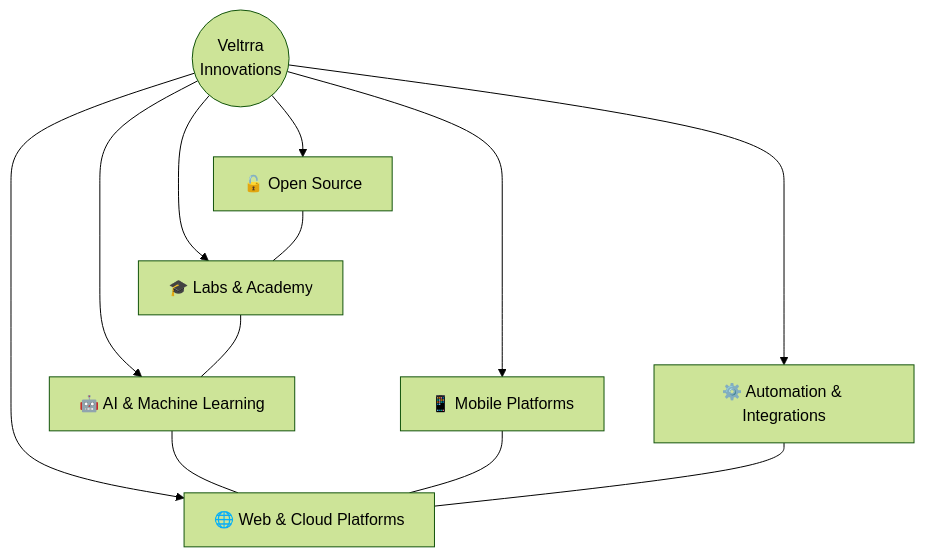
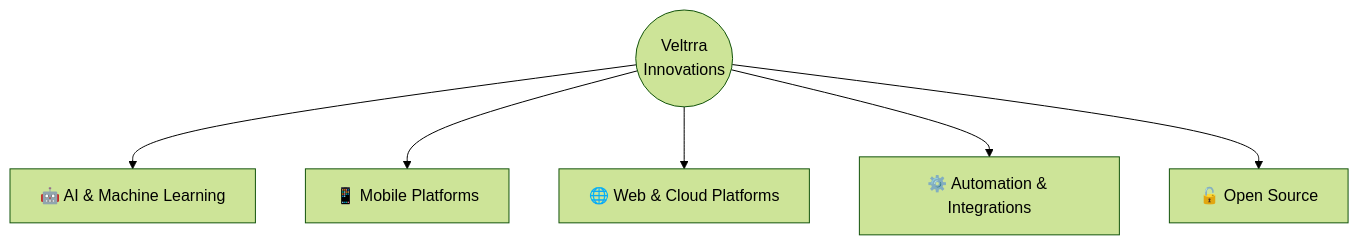
Before and after one commit to veltrra-innovations-labs/.github: the diagram in profile/README.md, drawn with Mermaid (forest theme). The commit also changed other lines of this file, not shown here.

First line of the commit message:
Remove Labs & Academy section from README

````diff
--- a/profile/README.md
+++ b/profile/README.md
@@ -46,15 +46,10 @@
 ```mermaid
 graph TD
     V((Veltrra<br/>Innovations))
     V --> A[🤖 AI & Machine Learning]
     V --> B[📱 Mobile Platforms]
     V --> C[🌐 Web & Cloud Platforms]
     V --> D[⚙️ Automation & Integrations]
     V --> E[🔓 Open Source]
-    V --> F[🎓 Labs & Academy]
-    A --- C
-    B --- C
-    D --- C
-    E --- F
-    F --- A
+    
 ```
````
